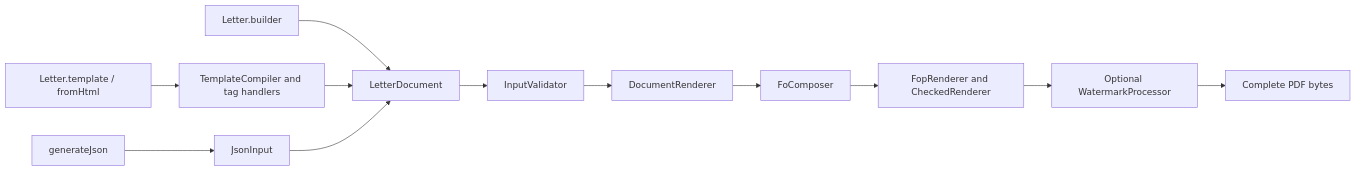
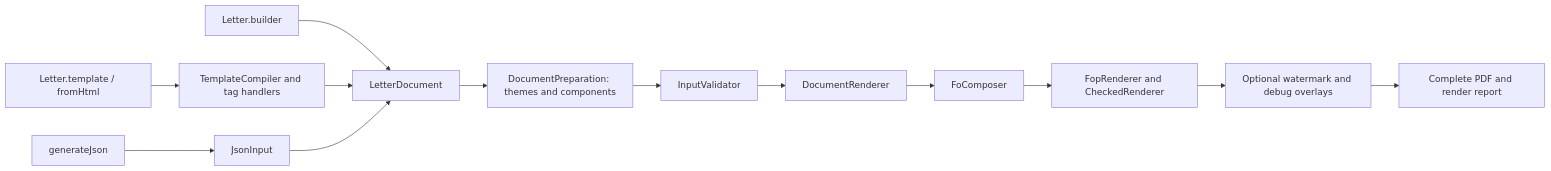
One commit to nunosilva-dev/letter-generator changed the diagram in CONTRIBUTING.md. Above: the diagram before and after it, drawn with Mermaid. The commit also changed other lines of this file and 193 other files, not shown here.

````diff
--- a/CONTRIBUTING.md
+++ b/CONTRIBUTING.md
@@ -9,14 +9,15 @@
 ```mermaid
 flowchart LR
     Java[Letter.builder] --> Model[LetterDocument]
     HTML[Letter.template / fromHtml] --> Compiler[TemplateCompiler and tag handlers]
     Compiler --> Model
     JSON[generateJson] --> Reader[JsonInput]
     Reader --> Model
-    Model --> Validator[InputValidator]
+    Model --> Prepare[DocumentPreparation: themes and components]
+    Prepare --> Validator[InputValidator]
     Validator --> Render[DocumentRenderer]
     Render --> FO[FoComposer]
     FO --> FOP[FopRenderer and CheckedRenderer]
-    FOP --> Mark[Optional WatermarkProcessor]
-    Mark --> PDF[Complete PDF bytes]
+    FOP --> Mark[Optional watermark and debug overlays]
+    Mark --> PDF[Complete PDF and render report]
 ```
````
